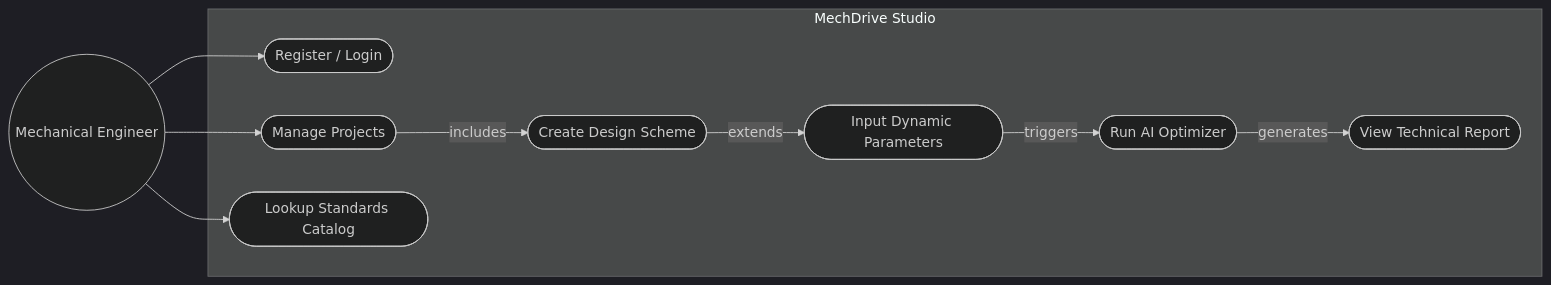
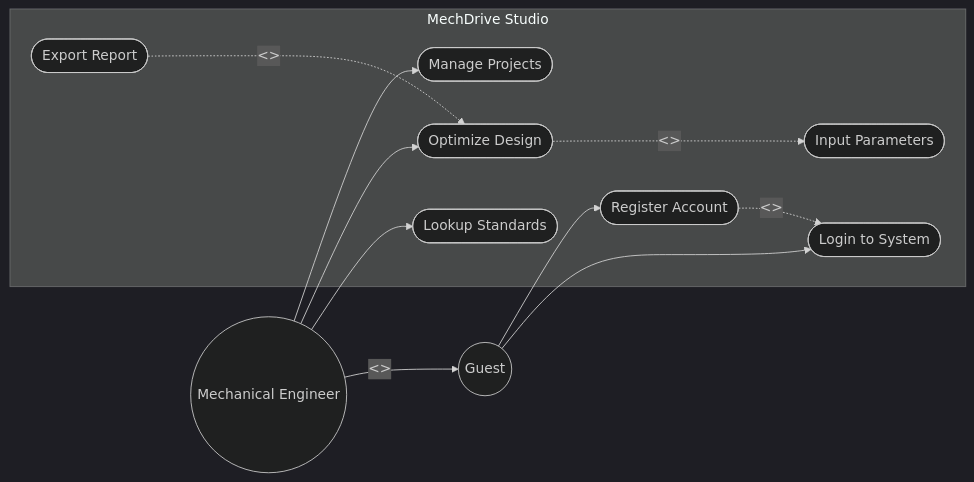
Before and after one commit to dvydinh/mechdrive: the second of 6 diagrams in README.md, drawn with Mermaid (dark theme). The commit also changed other lines of this file and 5 other files, not shown here.

Commit message:
fix uml diagrams based on theoretical guides

````diff
--- a/README.md
+++ b/README.md
@@ -66,22 +80,27 @@
 ```mermaid
 flowchart LR
-    Actor((Mechanical Engineer))
+    Guest((Guest))
+    Engineer((Mechanical Engineer))
+    
+    Engineer -->|<<inherits>>| Guest
     
     subgraph MechDrive Studio
-        UC1([Register / Login])
-        UC2([Manage Projects])
-        UC3([Create Design Scheme])
-        UC4([Input Dynamic Parameters])
-        UC5([Run AI Optimizer])
-        UC6([View Technical Report])
-        UC7([Lookup Standards Catalog])
+        UC1([Register Account])
+        UC2([Login to System])
+        UC3([Manage Projects])
+        UC4([Input Parameters])
+        UC5([Optimize Design])
+        UC6([Export Report])
+        UC7([Lookup Standards])
+        
+        UC1 .->|<<extend>>| UC2
+        UC5 ..->|<<include>>| UC4
+        UC6 ..->|<<extend>>| UC5
     end
     
-    Actor --> UC1
-    Actor --> UC2
-    Actor --> UC7
-    UC2 -->|includes| UC3
-    UC3 -->|extends| UC4
-    UC4 -->|triggers| UC5
-    UC5 -->|generates| UC6
+    Guest --> UC1
+    Guest --> UC2
+    Engineer --> UC3
+    Engineer --> UC5
+    Engineer --> UC7
 ```
````
